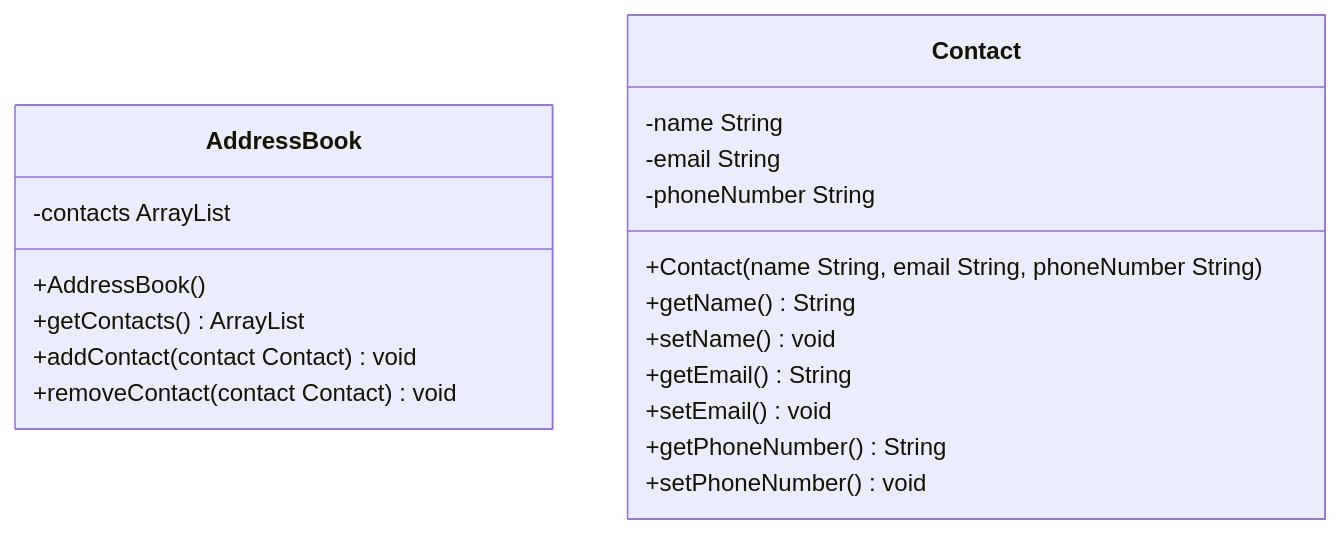
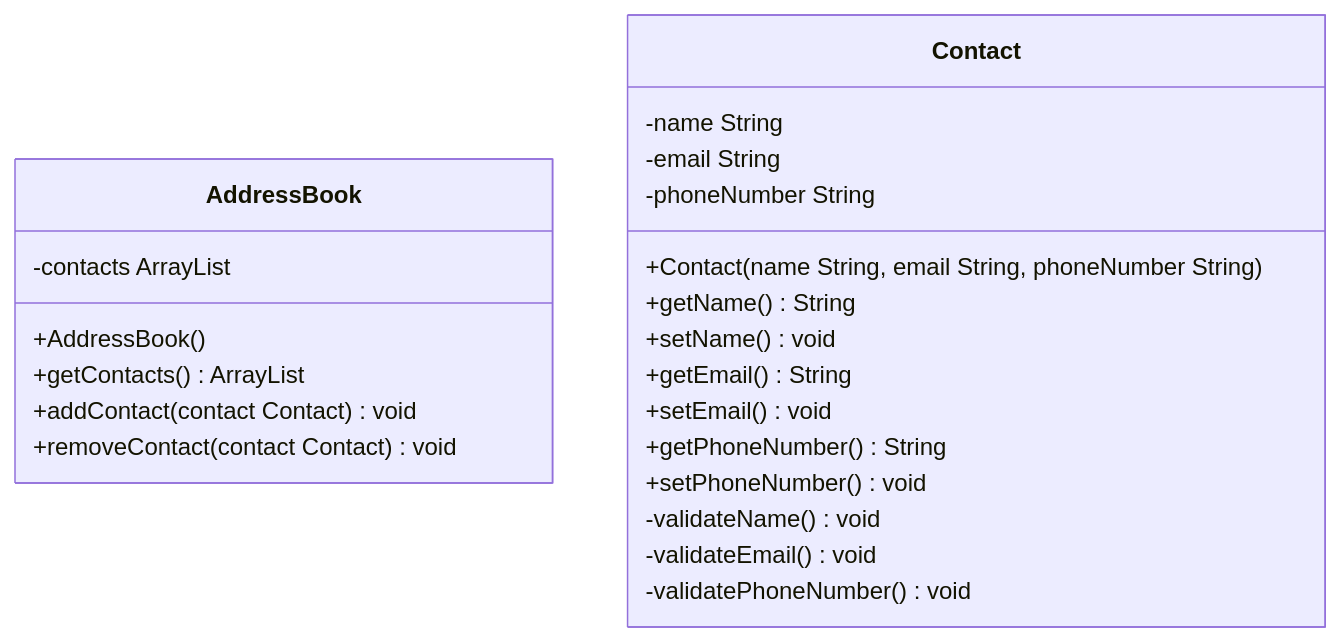
Before and after one commit to iamnickko/java-addressBook: the diagram in docs/domain-models-test-plan.md, drawn with Mermaid. The commit also changed 3 other files, not shown here.

````diff
--- a/docs/domain-models-test-plan.md
+++ b/docs/domain-models-test-plan.md
@@ -3,22 +3,25 @@
 ```mermaid
 classDiagram
     class AddressBook {
         -contacts ArrayList<Contact>
         +AddressBook()
         +getContacts() ArrayList<Contact>
         +addContact(contact Contact) void
         +removeContact(contact Contact) void
     }
     class Contact {
         -name String
         -email String
         -phoneNumber String
         +Contact(name String, email String, phoneNumber String)
         +getName() String
         +setName() void
         +getEmail() String
         +setEmail() void
         +getPhoneNumber() String
         +setPhoneNumber() void
+        -validateName() void
+        -validateEmail() void
+        -validatePhoneNumber() void
     }
 ```
````
